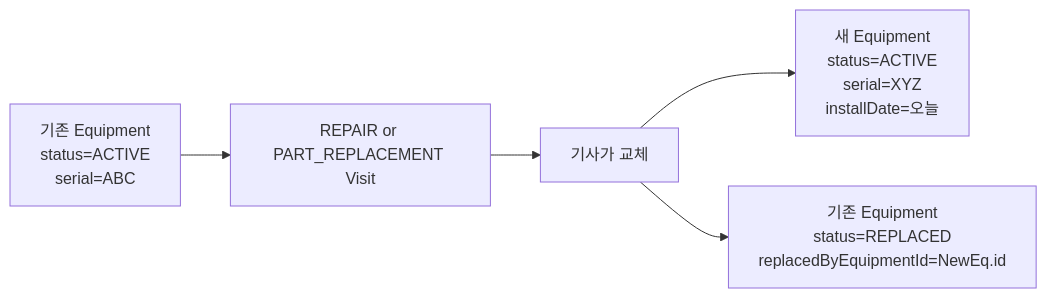
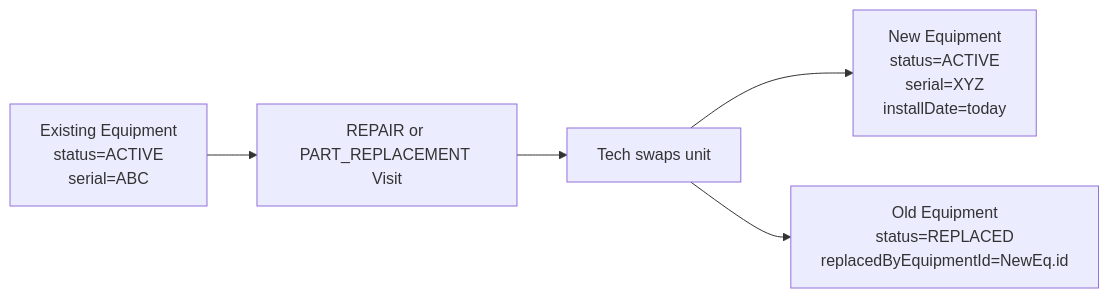
One commit to JoJakeTaemoon/jakes-home-appliances-soms changed diagram 17 of 43 in docs/USER_WORKFLOWS.md. Above: the diagram before and after it, drawn with Mermaid. The commit also changed other lines of this file and 1 other file, not shown here.

First line of the commit message:
docs(workflows): add per-Part summary diagrams to HOW_TO_USE.md + translate USER_WORKFLOWS.md to English

````diff
--- a/docs/USER_WORKFLOWS.md
+++ b/docs/USER_WORKFLOWS.md
@@ -506,11 +506,11 @@
 ```mermaid
 flowchart LR
-  Old["기존 Equipment<br/>status=ACTIVE<br/>serial=ABC"]
+  Old["Existing Equipment<br/>status=ACTIVE<br/>serial=ABC"]
   Visit["REPAIR or PART_REPLACEMENT Visit"]
-  Tech["기사가 교체"]
-  NewEq["새 Equipment<br/>status=ACTIVE<br/>serial=XYZ<br/>installDate=오늘"]
-  OldRepl["기존 Equipment<br/>status=REPLACED<br/>replacedByEquipmentId=NewEq.id"]
+  Tech["Tech swaps unit"]
+  NewEq["New Equipment<br/>status=ACTIVE<br/>serial=XYZ<br/>installDate=today"]
+  OldRepl["Old Equipment<br/>status=REPLACED<br/>replacedByEquipmentId=NewEq.id"]
 
   Old --> Visit --> Tech --> NewEq
   Tech --> OldRepl
 ```
````
